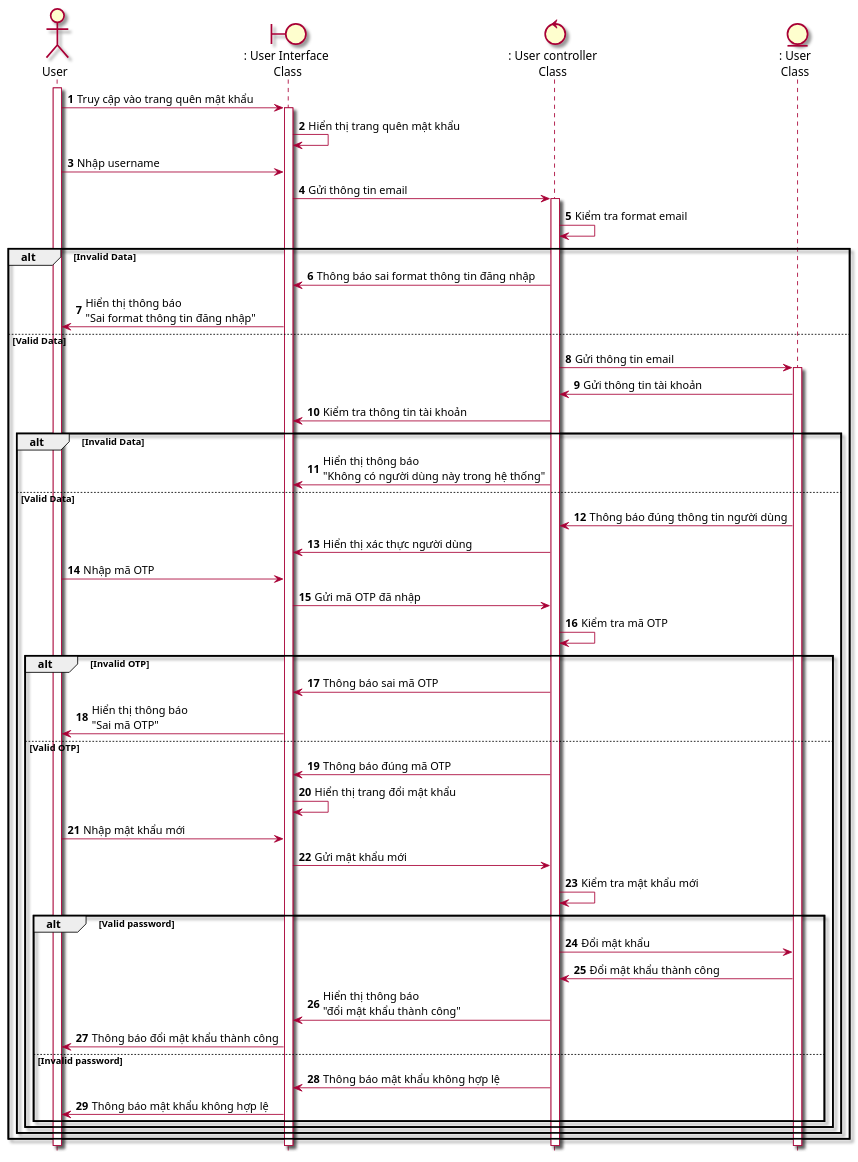
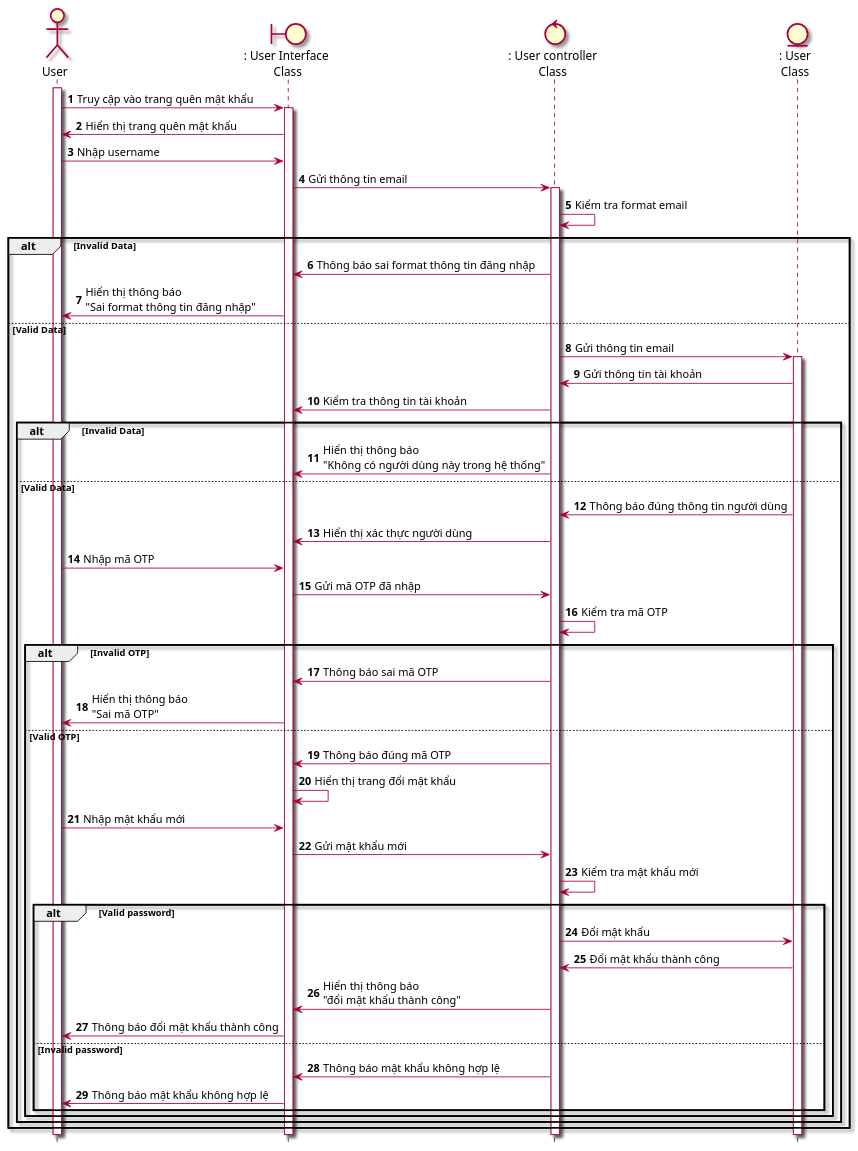
The diagram in Lab1/Lab 1.2 Diagram/Sequence/FilePUML/1.4 SeqQuenMatKhau.puml (Griselda4774/EAS-EmploymentAssistanceSystem), drawn with PlantUML before and after one commit. The commit also changed 12 other files, not shown here.

```diff
--- a/Lab1/Lab 1.2 Diagram/Sequence/FilePUML/1.4 SeqQuenMatKhau.puml
+++ b/Lab1/Lab 1.2 Diagram/Sequence/FilePUML/1.4 SeqQuenMatKhau.puml
@@ -1,51 +1,51 @@
 @startuml SeqQuenMatKhau
 skin rose
 hide footbox
 autonumber
 actor user as "User"
 boundary userInterface as ": User Interface\n Class"
 control userController as ": User controller\nClass"
 entity User as ": User\nClass"
 user++
 user -> userInterface++: Truy cập vào trang quên mật khẩu
-userInterface -> userInterface: Hiển thị trang quên mật khẩu
+userInterface -> user: Hiển thị trang quên mật khẩu
 user -> userInterface: Nhập username 
 userInterface -> userController++: Gửi thông tin email
 userController -> userController: Kiểm tra format email
 alt Invalid Data
     userController -> userInterface: Thông báo sai format thông tin đăng nhập
     userInterface -> user: Hiển thị thông báo\n"Sai format thông tin đăng nhập"
 else Valid Data
     userController -> User++: Gửi thông tin email
     User -> userController: Gửi thông tin tài khoản
     userController -> userInterface: Kiểm tra thông tin tài khoản
     alt Invalid Data
         userController -> userInterface: Hiển thị thông báo\n"Không có người dùng này trong hệ thống"
     else Valid Data
         User->userController: Thông báo đúng thông tin người dùng
         userController -> userInterface: Hiển thị xác thực người dùng
         user -> userInterface: Nhập mã OTP
         userInterface -> userController: Gửi mã OTP đã nhập
         userController -> userController: Kiểm tra mã OTP
         alt Invalid OTP
         userController -> userInterface: Thông báo sai mã OTP
         userInterface -> user: Hiển thị thông báo\n"Sai mã OTP"
         else Valid OTP
         userController -> userInterface: Thông báo đúng mã OTP
         userInterface -> userInterface: Hiển thị trang đổi mật khẩu
         user -> userInterface: Nhập mật khẩu mới
         userInterface -> userController: Gửi mật khẩu mới
         userController -> userController: Kiểm tra mật khẩu mới
         alt Valid password
         userController -> User: Đổi mật khẩu
         User -> userController: Đổi mật khẩu thành công
         userController -> userInterface: Hiển thị thông báo \n"đổi mật khẩu thành công"
         userInterface -> user: Thông báo đổi mật khẩu thành công
         else Invalid password 
         userController -> userInterface: Thông báo mật khẩu không hợp lệ
         userInterface -> user: Thông báo mật khẩu không hợp lệ
         end
         end
     end 
 end
 @enduml
```
